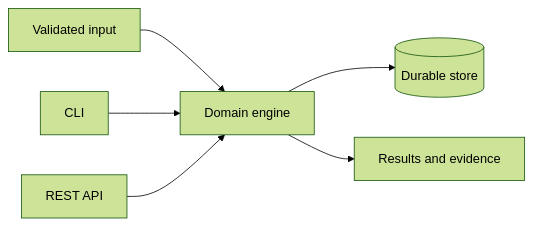
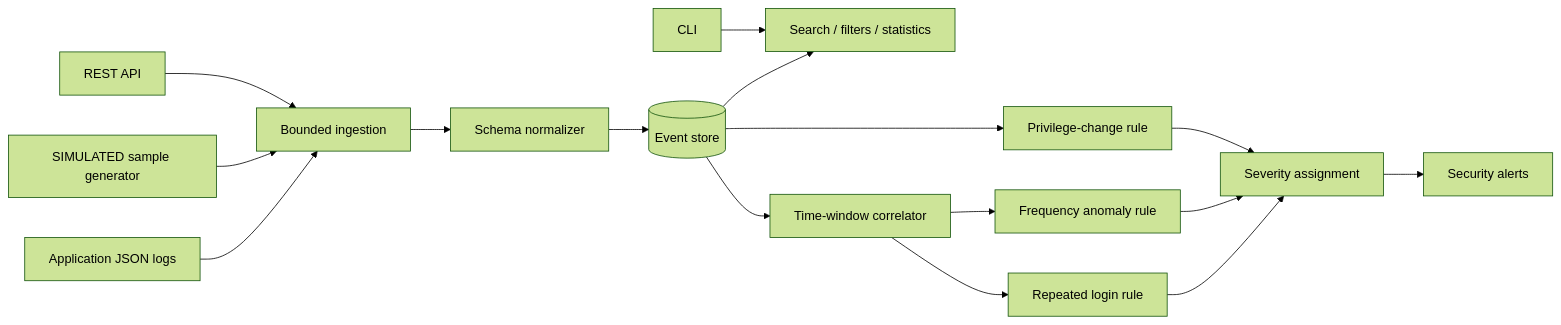
One commit to munashekwarai/logsentry changed the diagram in README.md. Above: the diagram before and after it, drawn with Mermaid (forest theme). The commit also changed 1 other file, not shown here.

Commit message:
docs: map event normalization correlation and alert rules

````diff
--- a/README.md
+++ b/README.md
@@ -21,8 +21,16 @@
 ```mermaid
 flowchart LR
-  Input[Validated input] --> Core[Domain engine]
-  Core --> Store[(Durable store)]
-  CLI[CLI] --> Core
-  API[REST API] --> Core
-  Core --> Evidence[Results and evidence]
+  Apps[Application JSON logs] --> Ingest[Bounded ingestion]
+  Generator[SIMULATED sample generator] --> Ingest
+  Ingest --> Normalize[Schema normalizer]
+  Normalize --> Events[(Event store)]
+  Events --> Search[Search / filters / statistics]
+  Events --> Window[Time-window correlator]
+  Window --> Auth[Repeated login rule]
+  Window --> Volume[Frequency anomaly rule]
+  Events --> Privilege[Privilege-change rule]
+  Auth & Volume & Privilege --> Severity[Severity assignment]
+  Severity --> Alerts[Security alerts]
+  CLI[CLI] --> Search
+  API[REST API] --> Ingest
 ```
````
